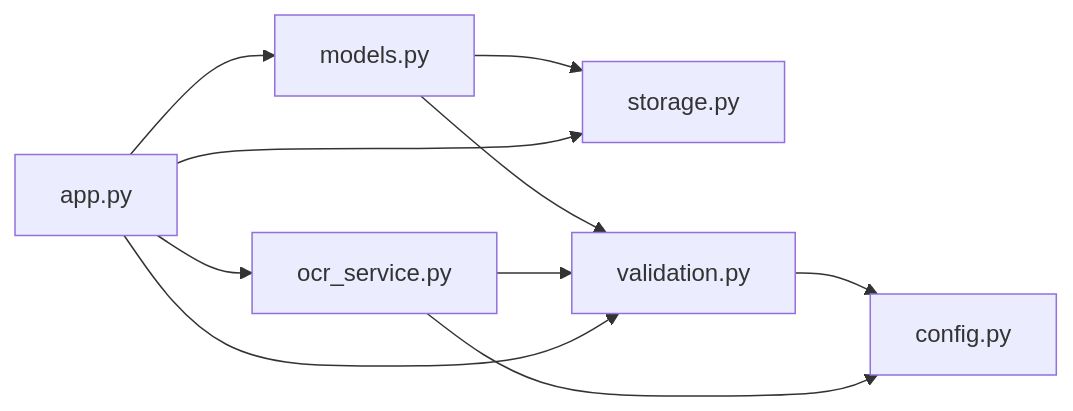
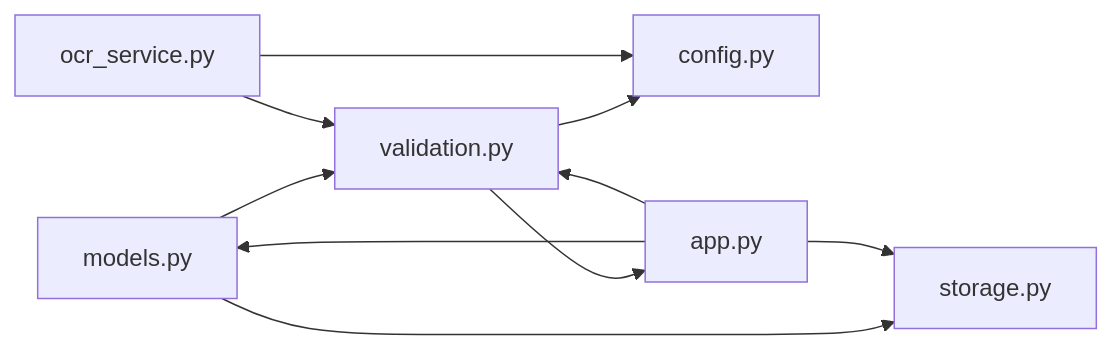
Before and after one commit to Johnny22056/SwimingStatus: the eighth of 8 diagrams in .qoder/repowiki/en/content/Data Models/Data Models.md, drawn with Mermaid. The commit also changed other lines of this file and 5 other files, not shown here.

````diff
--- a/.qoder/repowiki/en/content/Data Models/Data Models.md
+++ b/.qoder/repowiki/en/content/Data Models/Data Models.md
@@ -453,12 +495,12 @@
 ```mermaid
 graph LR
 M["models.py"] --> S["storage.py"]
 M --> V["validation.py"]
 V --> C["config.py"]
+V --> A["app.py"]
 O["ocr_service.py"] --> V
 O --> C
-A["app.py"] --> M
+A --> M
 A --> S
-A --> O
 A --> V
 ```
````
